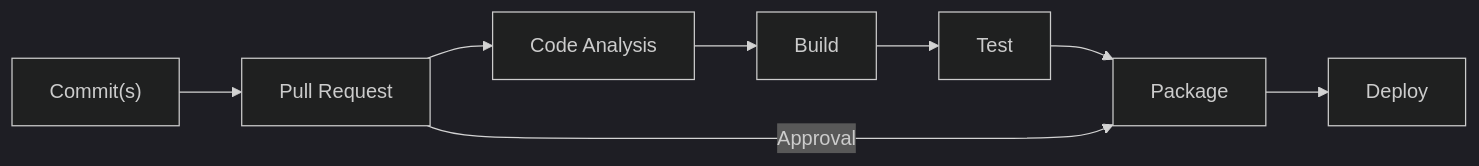
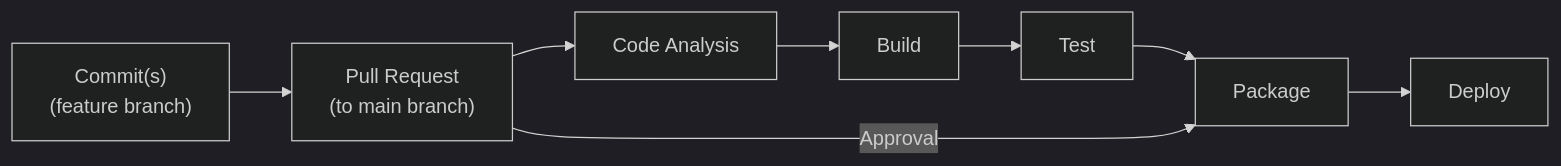
The first of 2 diagrams in README.md (MarkE0/General), drawn with Mermaid (dark theme) before and after one commit.

````diff
--- a/README.md
+++ b/README.md
@@ -8,10 +8,12 @@
 ```mermaid
 graph LR;
-  C["Commit(s)"] --> PR[Pull Request];
+  C["Commit(s)
+    (feature branch)"] --> PR["Pull Request
+                              (to main branch)"];
   PR --> A[Code Analysis]
   A  --> B[Build]
   B  --> T[Test]
   T  --> P[Package]
   PR -- Approval --> P
   P --> D[Deploy]
 ```
````
